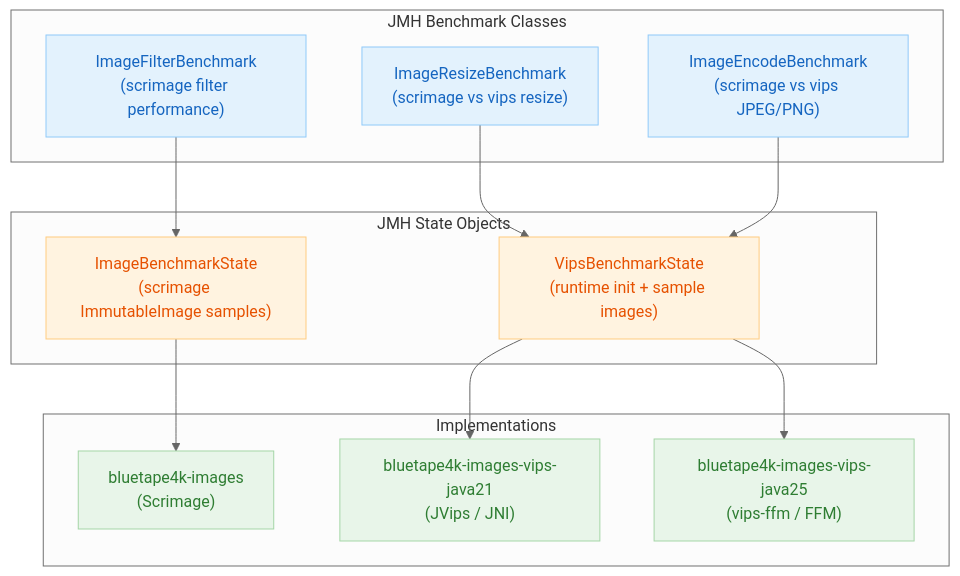
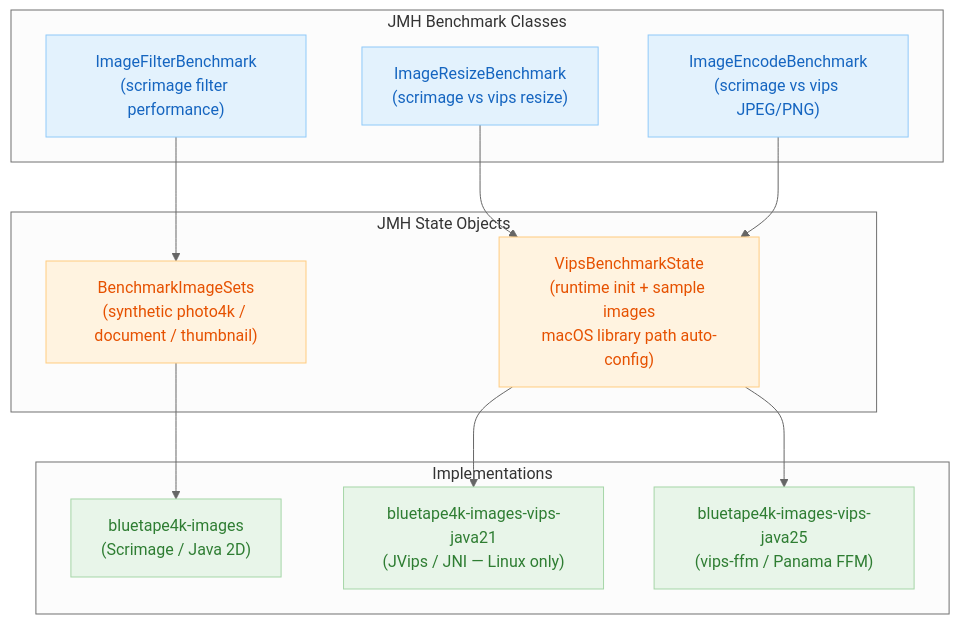
Before and after one commit to bluetape4k/bluetape4k-projects: the first of 4 diagrams in images/images-benchmark/README.md, drawn with Mermaid (neutral theme). The commit also changed other lines of this file and 1 other file, not shown here.

Commit message:
docs: images-benchmark README 업데이트 — 실측 벤치마크 결과 및 Mermaid 차트 추가

````diff
--- a/images/images-benchmark/README.md
+++ b/images/images-benchmark/README.md
@@ -9,34 +9,34 @@
 ```mermaid
 flowchart TD
     subgraph Benchmarks["JMH Benchmark Classes"]
         RESIZE["ImageResizeBenchmark\n(scrimage vs vips resize)"]
         ENCODE["ImageEncodeBenchmark\n(scrimage vs vips JPEG/PNG)"]
         FILTER["ImageFilterBenchmark\n(scrimage filter performance)"]
     end
 
     subgraph State["JMH State Objects"]
-        VSTATE["VipsBenchmarkState\n(runtime init + sample images)"]
-        ISTATE["ImageBenchmarkState\n(scrimage ImmutableImage samples)"]
+        VSTATE["VipsBenchmarkState\n(runtime init + sample images\nmacOS library path auto-config)"]
+        IMGSETS["BenchmarkImageSets\n(synthetic photo4k / document / thumbnail)"]
     end
 
     subgraph Impls["Implementations"]
-        SCRIMAGE["bluetape4k-images\n(Scrimage)"]
-        JAVA21["bluetape4k-images-vips-java21\n(JVips / JNI)"]
-        JAVA25["bluetape4k-images-vips-java25\n(vips-ffm / FFM)"]
+        SCRIMAGE["bluetape4k-images\n(Scrimage / Java 2D)"]
+        JAVA21["bluetape4k-images-vips-java21\n(JVips / JNI — Linux only)"]
+        JAVA25["bluetape4k-images-vips-java25\n(vips-ffm / Panama FFM)"]
     end
 
     RESIZE --> VSTATE
     ENCODE --> VSTATE
-    FILTER --> ISTATE
+    FILTER --> IMGSETS
     VSTATE --> JAVA21
     VSTATE --> JAVA25
-    ISTATE --> SCRIMAGE
+    IMGSETS --> SCRIMAGE
 
     classDef benchStyle fill:#E3F2FD,stroke:#90CAF9,color:#1565C0
     classDef stateStyle fill:#FFF3E0,stroke:#FFCC80,color:#E65100
     classDef implStyle fill:#E8F5E9,stroke:#A5D6A7,color:#2E7D32
 
     class RESIZE,ENCODE,FILTER benchStyle
-    class VSTATE,ISTATE stateStyle
+    class VSTATE,IMGSETS stateStyle
     class SCRIMAGE,JAVA21,JAVA25 implStyle
 ```
````
